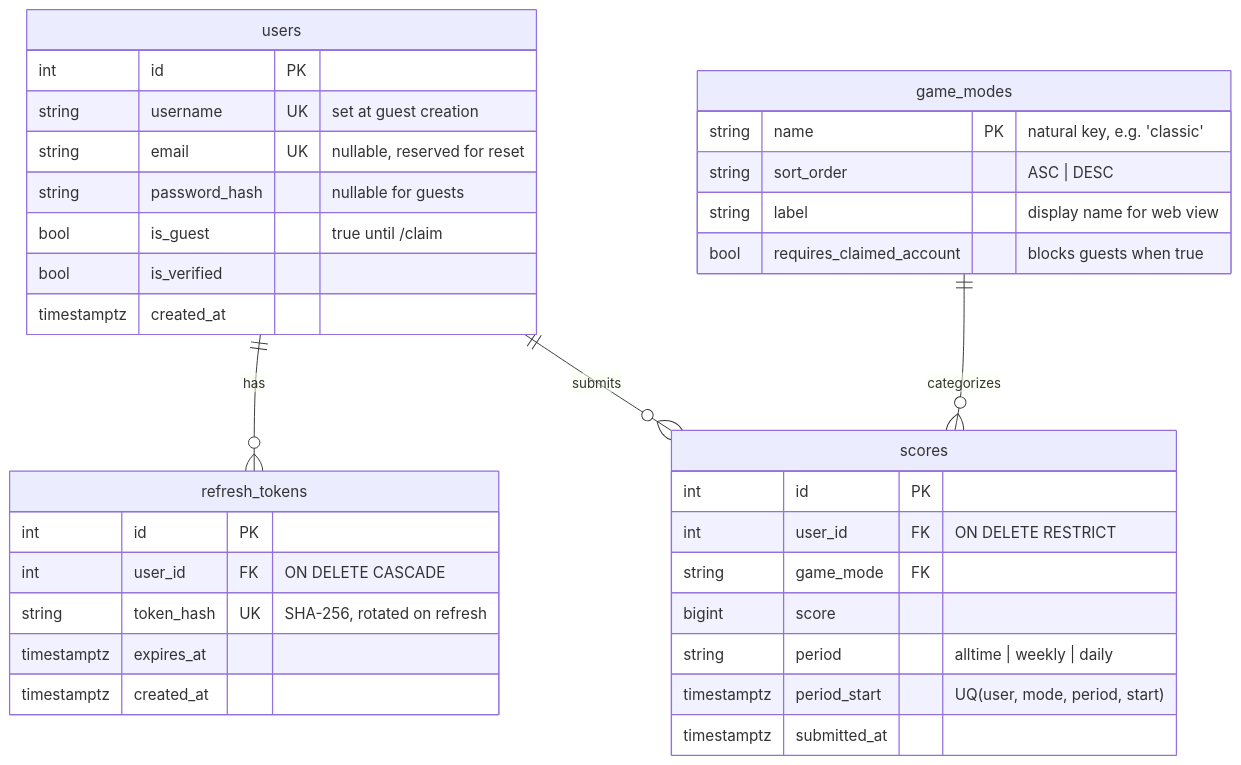
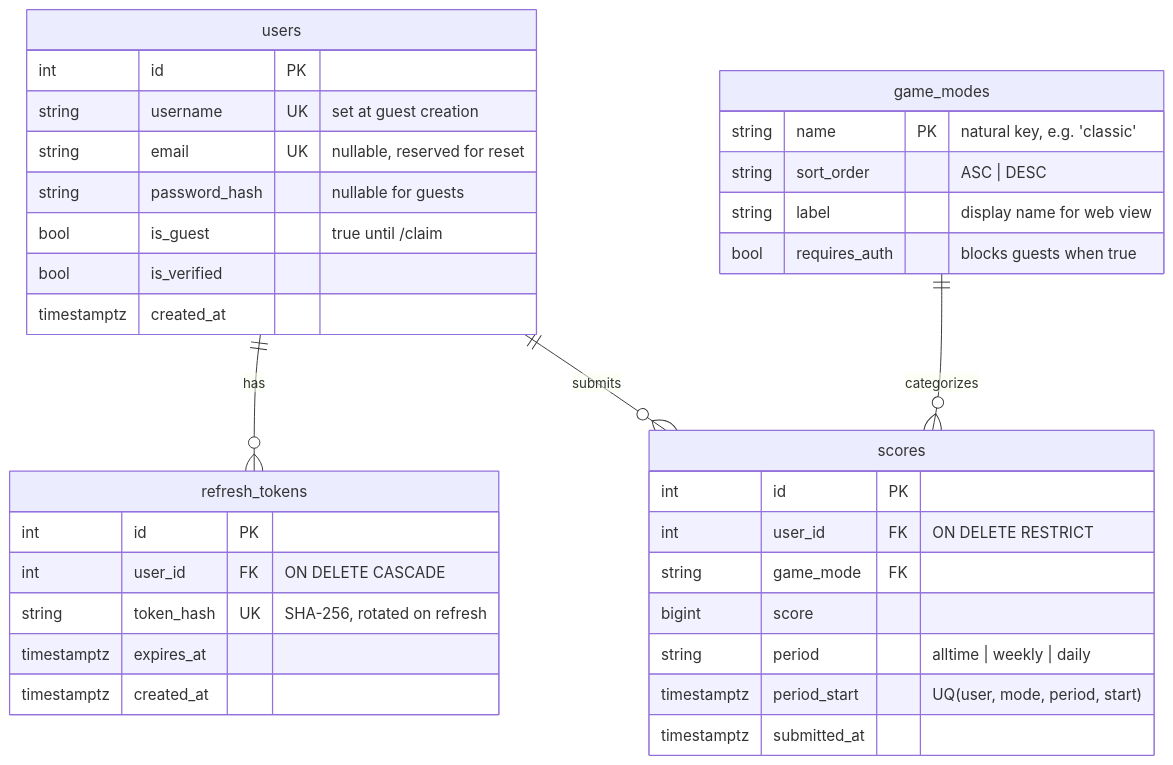
The second of 4 diagrams in README.md (EricMay256/HighScoreServer), drawn with Mermaid before and after one commit.

````diff
--- a/README.md
+++ b/README.md
@@ -199,37 +199,37 @@
 ```mermaid
 erDiagram
     users ||--o{ refresh_tokens : "has"
     users ||--o{ scores : "submits"
     game_modes ||--o{ scores : "categorizes"
     users {
         int id PK
         string username UK "set at guest creation"
         string email UK "nullable, reserved for reset"
         string password_hash "nullable for guests"
         bool is_guest "true until /claim"
         bool is_verified
         timestamptz created_at
     }
     refresh_tokens {
         int id PK
         int user_id FK "ON DELETE CASCADE"
         string token_hash UK "SHA-256, rotated on refresh"
         timestamptz expires_at
         timestamptz created_at
     }
     game_modes {
         string name PK "natural key, e.g. 'classic'"
         string sort_order "ASC | DESC"
         string label "display name for web view"
-        bool requires_claimed_account "blocks guests when true"
+        bool requires_auth "blocks guests when true"
     }
     scores {
         int id PK
         int user_id FK "ON DELETE RESTRICT"
         string game_mode FK
         bigint score
         string period "alltime | weekly | daily"
         timestamptz period_start "UQ(user, mode, period, start)"
         timestamptz submitted_at
     }
 ```
````
